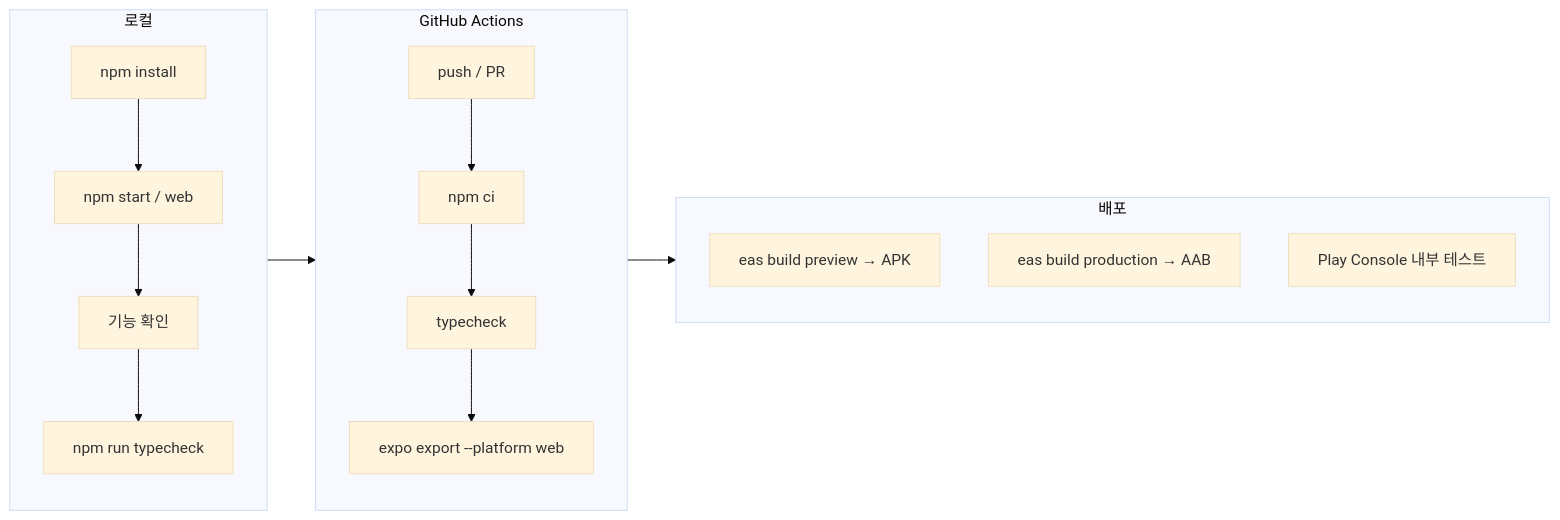
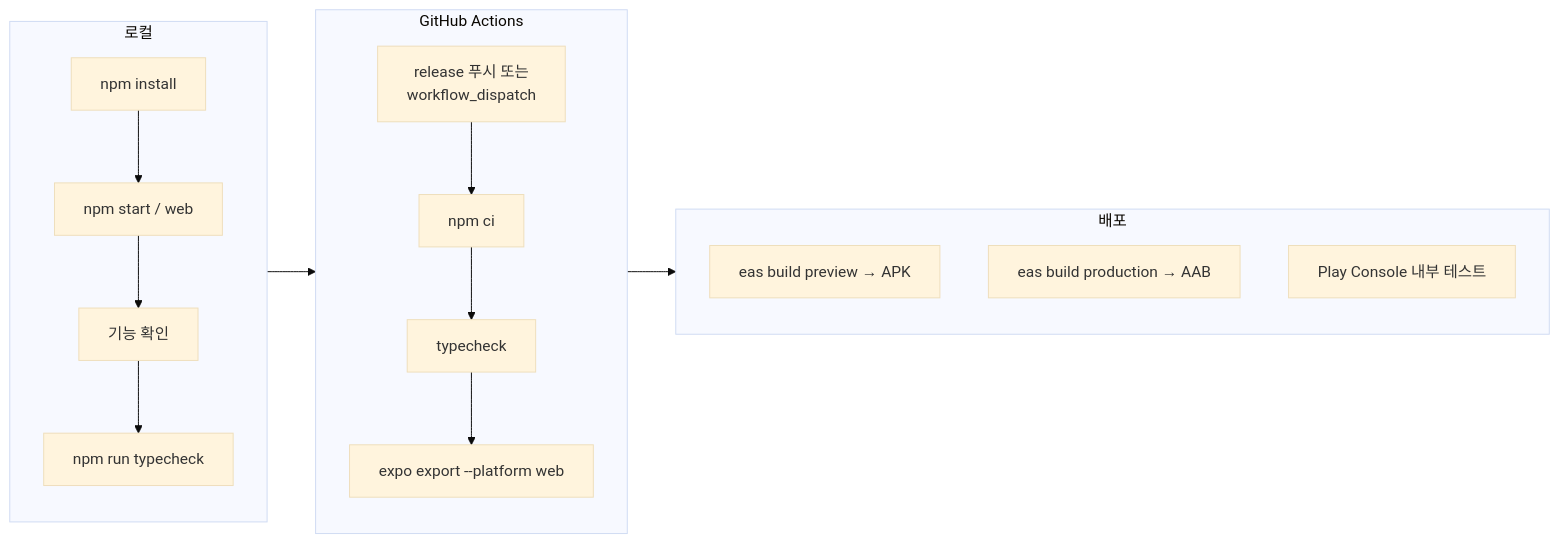
The second of 2 diagrams in README.md (akimgsu/weather-todo), drawn with Mermaid (base theme) before and after one commit. The commit also changed other lines of this file and 2 other files, not shown here.

````diff
--- a/README.md
+++ b/README.md
@@ -61,23 +61,23 @@
 ```mermaid
 flowchart LR
   subgraph local [로컬]
     L1[npm install] --> L2[npm start / web]
     L2 --> L3[기능 확인]
     L3 --> L4[npm run typecheck]
   end
 
   subgraph ci [GitHub Actions]
-    C1[push / PR] --> C2[npm ci]
+    C1[release 푸시 또는<br/>workflow_dispatch] --> C2[npm ci]
     C2 --> C3[typecheck]
     C3 --> C4[expo export --platform web]
   end
 
   subgraph release [배포]
     R1[eas build preview → APK]
     R2[eas build production → AAB]
     R3[Play Console 내부 테스트]
   end
 
   local --> ci
   ci --> release
 ```
````
